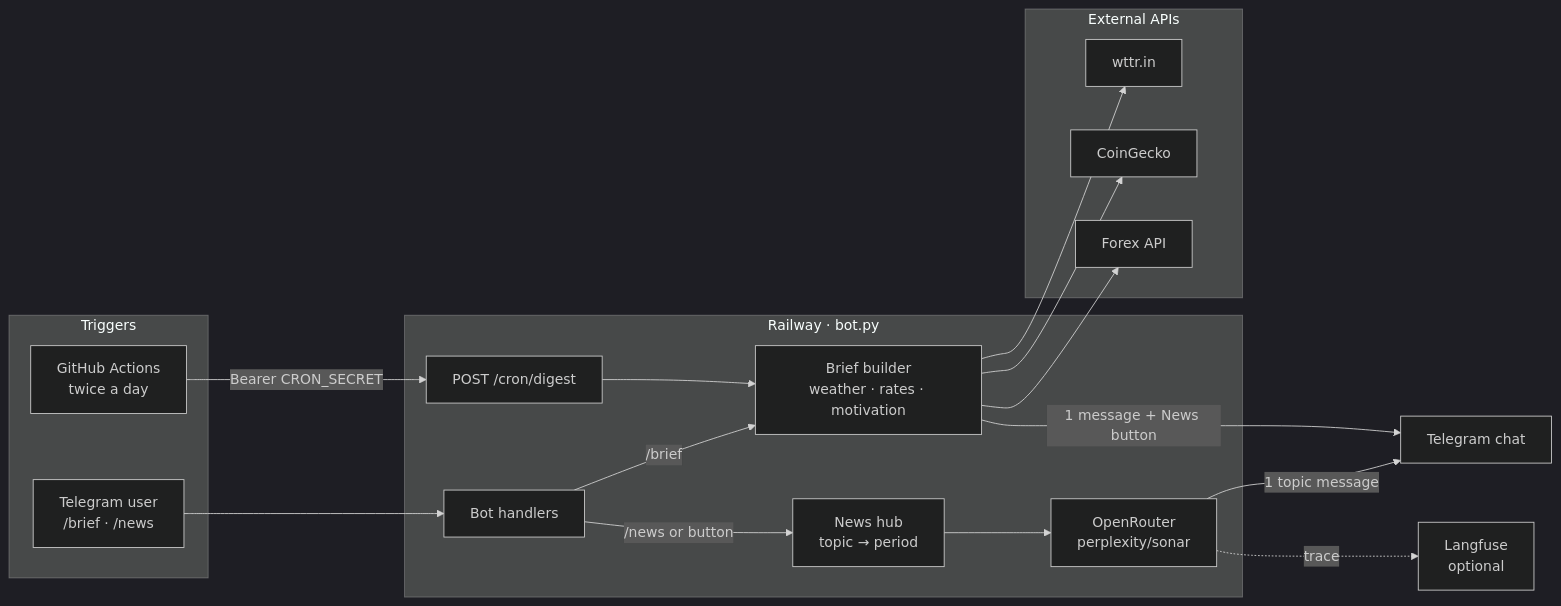
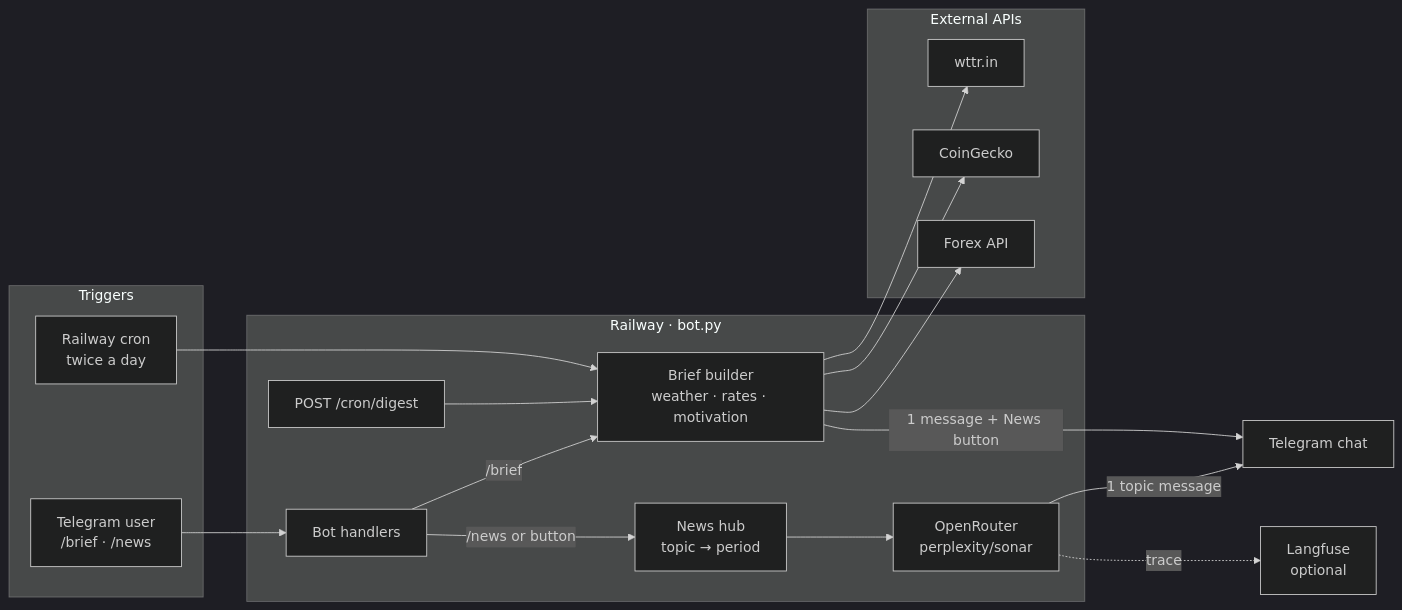
Before and after one commit to cheslav-zhur/my-daily-digest: the diagram in README.md, drawn with Mermaid (dark theme). The commit also changed other lines of this file and 5 other files, not shown here.

First line of the commit message:
fix(ci): run the scheduled brief on Railway cron

````diff
--- a/README.md
+++ b/README.md
@@ -35,35 +35,35 @@
 ```mermaid
 flowchart LR
   subgraph triggers [Triggers]
-    GHA[GitHub Actions<br/>twice a day]
+    CronSvc[Railway cron<br/>twice a day]
     User[Telegram user<br/>/brief · /news]
   end
 
   subgraph railway [Railway · bot.py]
     Cron["POST /cron/digest"]
     Bot[Bot handlers]
     Brief[Brief builder<br/>weather · rates · motivation]
     News[News hub<br/>topic → period]
     OR[OpenRouter<br/>perplexity/sonar]
   end
 
   subgraph sources [External APIs]
     Wttr[wttr.in]
     CG[CoinGecko]
     FX[Forex API]
   end
 
   TG[Telegram chat]
   LF[Langfuse<br/>optional]
 
-  GHA -->|Bearer CRON_SECRET| Cron
+  CronSvc --> Brief
   User --> Bot
   Cron --> Brief
   Bot -->|/brief| Brief
   Bot -->|/news or button| News
   Brief --> Wttr & CG & FX
   Brief -->|1 message + News button| TG
   News --> OR
   OR -.->|trace| LF
   OR -->|1 topic message| TG
 ```
````
